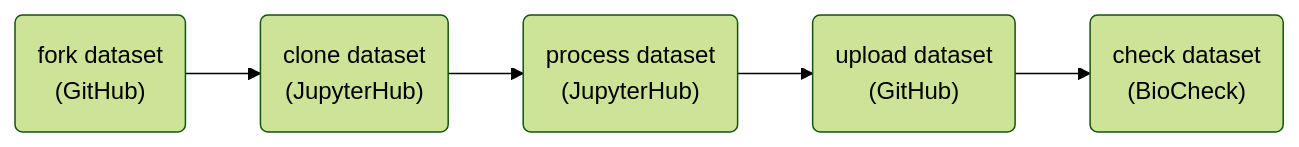
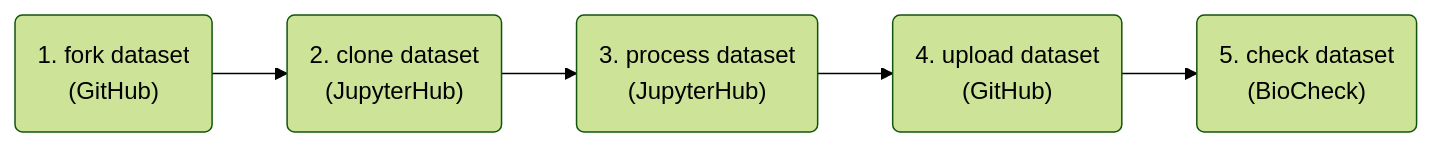
Before and after one commit to iobis/sg-12-training: the diagram in README.md, drawn with Mermaid (forest theme). The commit also changed other lines of this file, not shown here.

Commit message:
note syntax fix

````diff
--- a/README.md
+++ b/README.md
@@ -8,13 +8,13 @@
 ```mermaid
 flowchart LR
-    fork("fork dataset<br/>(GitHub)")
-    clone("clone dataset<br/>(JupyterHub)")
-    process("process dataset<br/>(JupyterHub)")
-    publish("upload dataset<br/>(GitHub)")
-    check("check dataset<br/>(BioCheck)")
+    fork("1. fork dataset<br/>(GitHub)")
+    clone("2. clone dataset<br/>(JupyterHub)")
+    process("3. process dataset<br/>(JupyterHub)")
+    publish("4. upload dataset<br/>(GitHub)")
+    check("5. check dataset<br/>(BioCheck)")
     fork --> clone
     clone --> process
     process --> publish
     publish --> check
 
 ```
````
